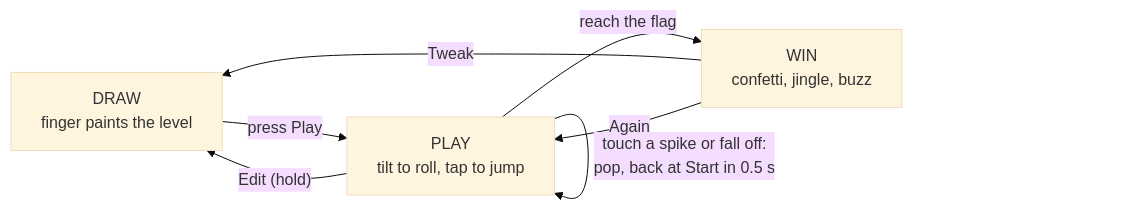
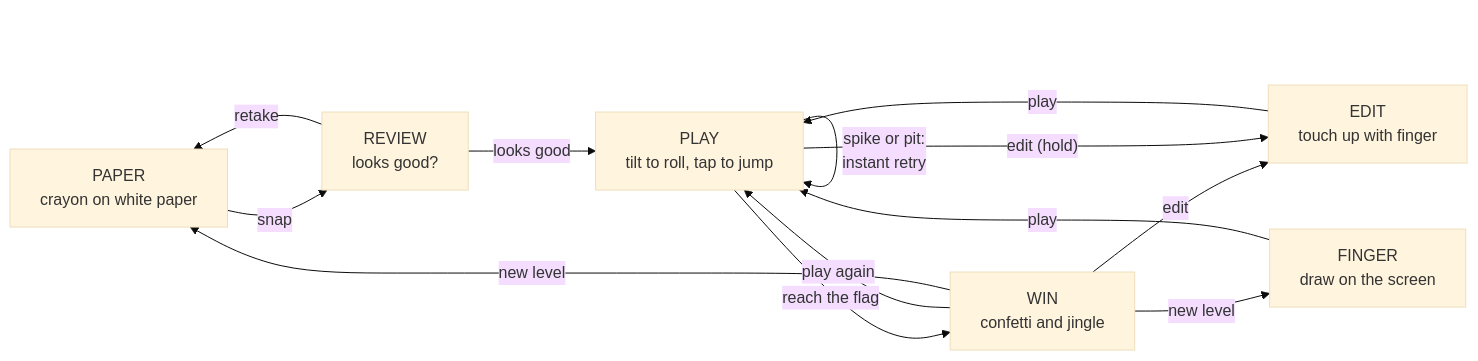
One commit to ambikc/scribble changed the diagram in docs/game-design.md. Above: the diagram before and after it, drawn with Mermaid (base theme). The commit also changed other lines of this file and 3 other files, not shown here.

````diff
--- a/docs/game-design.md
+++ b/docs/game-design.md
@@ -25,9 +37,15 @@
 ```mermaid
 flowchart LR
-    D["DRAW<br/>finger paints the level"] -->|"press Play"| P["PLAY<br/>tilt to roll, tap to jump"]
-    P -->|"touch a spike or fall off:<br/>pop, back at Start in 0.5 s"| P
-    P -->|"reach the flag"| W["WIN<br/>confetti, jingle, buzz"]
-    W -->|"Tweak"| D
-    W -->|"Again"| P
-    P -->|"Edit (hold)"| D
+    PA["PAPER<br/>crayon on white paper"] -->|"snap"| RV["REVIEW<br/>looks good?"]
+    RV -->|"retake"| PA
+    RV -->|"looks good"| PL["PLAY<br/>tilt to roll, tap to jump"]
+    FI["FINGER<br/>draw on the screen"] -->|"play"| PL
+    PL -->|"spike or pit:<br/>instant retry"| PL
+    PL -->|"reach the flag"| WI["WIN<br/>confetti and jingle"]
+    WI -->|"edit"| ED["EDIT<br/>touch up with finger"]
+    ED -->|"play"| PL
+    WI -->|"play again"| PL
+    WI -->|"new level"| PA
+    WI -->|"new level"| FI
+    PL -->|"edit (hold)"| ED
 ```
````
